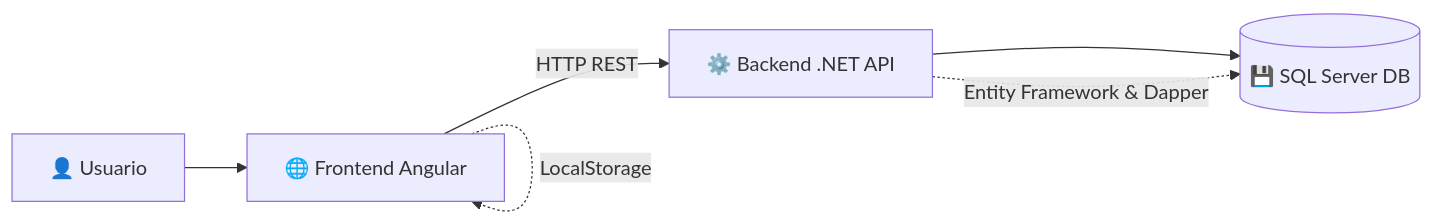
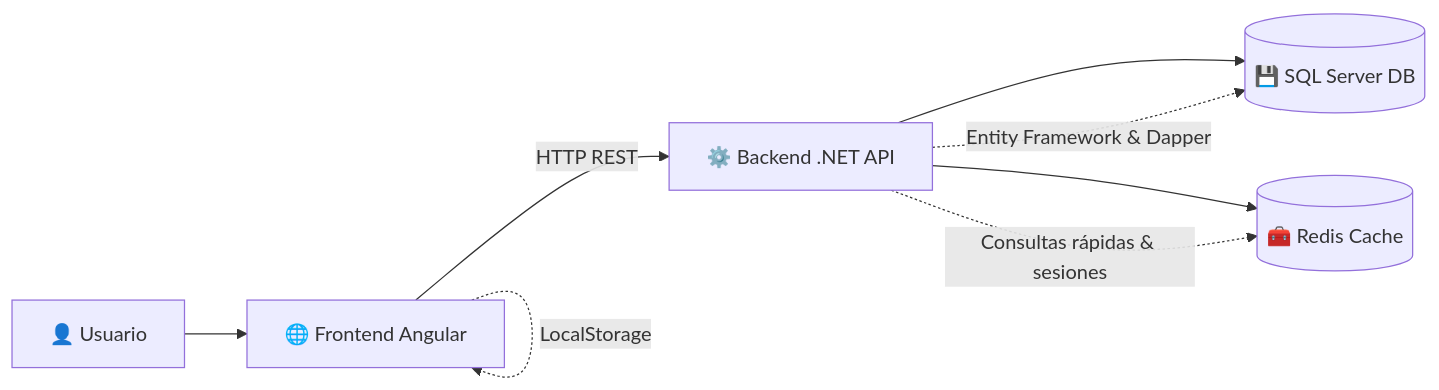
Before and after one commit to jhohanvasquez/Finanzas: the first of 2 diagrams in README.md, drawn with Mermaid. The commit also changed other lines of this file, not shown here.

````diff
--- a/README.md
+++ b/README.md
@@ -111,9 +115,11 @@
 ```mermaid
 flowchart LR
     A[👤 Usuario] --> B[🌐 Frontend Angular]
     B -->|HTTP REST| C[⚙️ Backend .NET API]
     C --> D[(💾 SQL Server DB)]
+    C --> E[(🧰 Redis Cache)]
 
     B -.->|LocalStorage| B
     C -.->|Entity Framework & Dapper| D
+    C -.->|Consultas rápidas & sesiones| E
 ```
````
